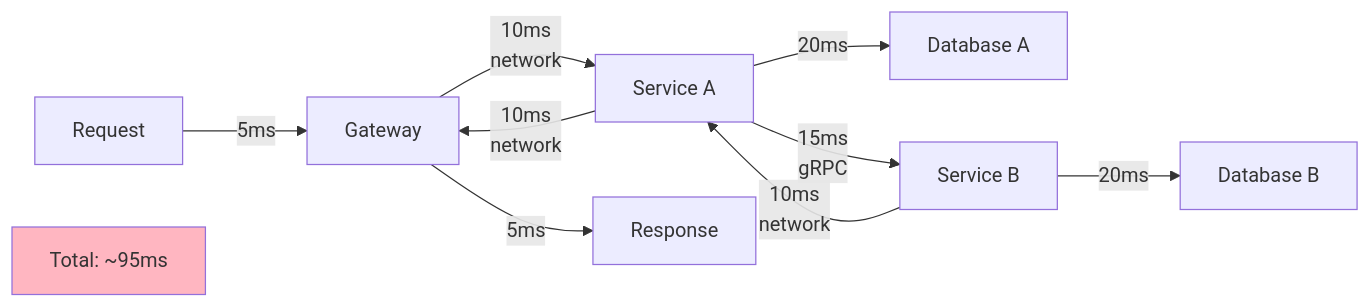
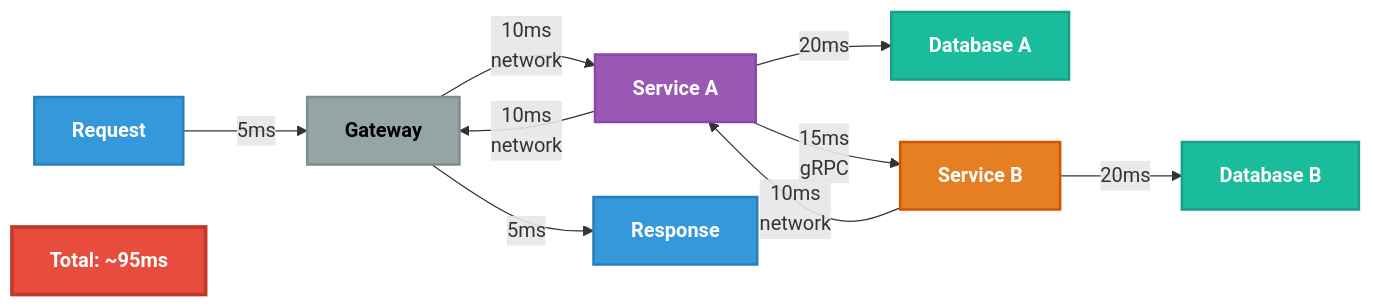
One commit to martimmpr/epicjunior-backend-db-course changed diagram 13 of 13 in diagrams/communication-flows.md. Above: the diagram before and after it, drawn with Mermaid. The commit also changed other lines of this file and 3 other files, not shown here.

Commit message:
docs: Improved Diagrams Readability.

````diff
--- a/diagrams/communication-flows.md
+++ b/diagrams/communication-flows.md
@@ -435,15 +445,22 @@
 ```mermaid
 graph LR
-    A[Request] -->|5ms| B[Gateway]
-    B -->|10ms<br/>network| C[Service A]
-    C -->|20ms| D[Database A]
-    C -->|15ms<br/>gRPC| E[Service B]
-    E -->|20ms| F[Database B]
+    A["<b>Request</b>"] -->|5ms| B["<b>Gateway</b>"]
+    B -->|10ms<br/>network| C["<b>Service A</b>"]
+    C -->|20ms| D["<b>Database A</b>"]
+    C -->|15ms<br/>gRPC| E["<b>Service B</b>"]
+    E -->|20ms| F["<b>Database B</b>"]
     E -->|10ms<br/>network| C
     C -->|10ms<br/>network| B
-    B -->|5ms| G[Response]
+    B -->|5ms| G["<b>Response</b>"]
     
-    Total[Total: ~95ms]
+    Total["<b>Total: ~95ms</b>"]
     
-    style Total fill:#FFB6C1
+    style Total fill:#e74c3c,stroke:#c0392b,stroke-width:3px,color:#fff
+    style A fill:#3498db,stroke:#2980b9,stroke-width:2px,color:#fff
+    style B fill:#95a5a6,stroke:#7f8c8d,stroke-width:2px,color:#000
+    style C fill:#9b59b6,stroke:#8e44ad,stroke-width:2px,color:#fff
+    style D fill:#1abc9c,stroke:#16a085,stroke-width:2px,color:#fff
+    style E fill:#e67e22,stroke:#d35400,stroke-width:2px,color:#fff
+    style F fill:#1abc9c,stroke:#16a085,stroke-width:2px,color:#fff
+    style G fill:#3498db,stroke:#2980b9,stroke-width:2px,color:#fff
 ```
````
